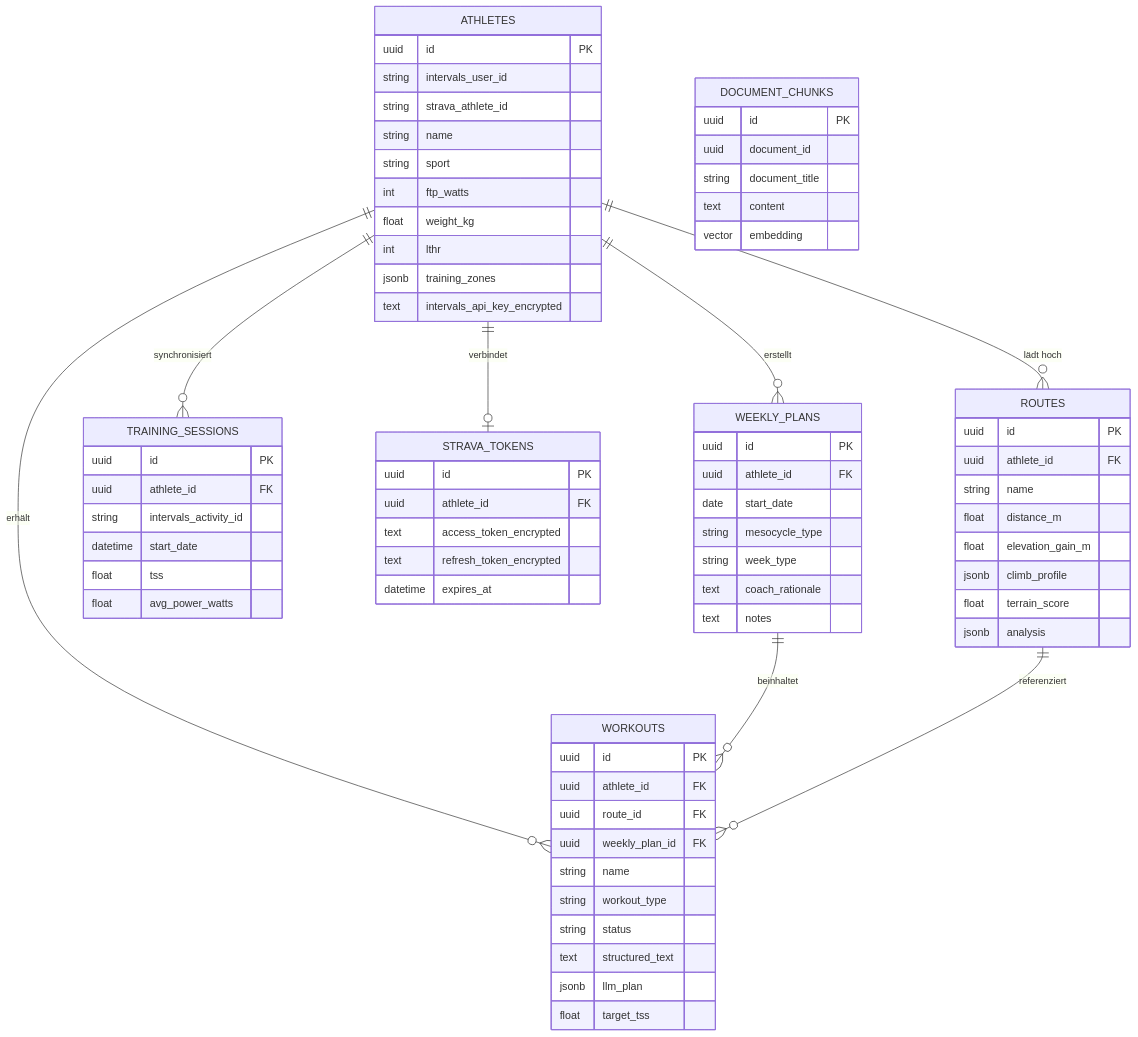
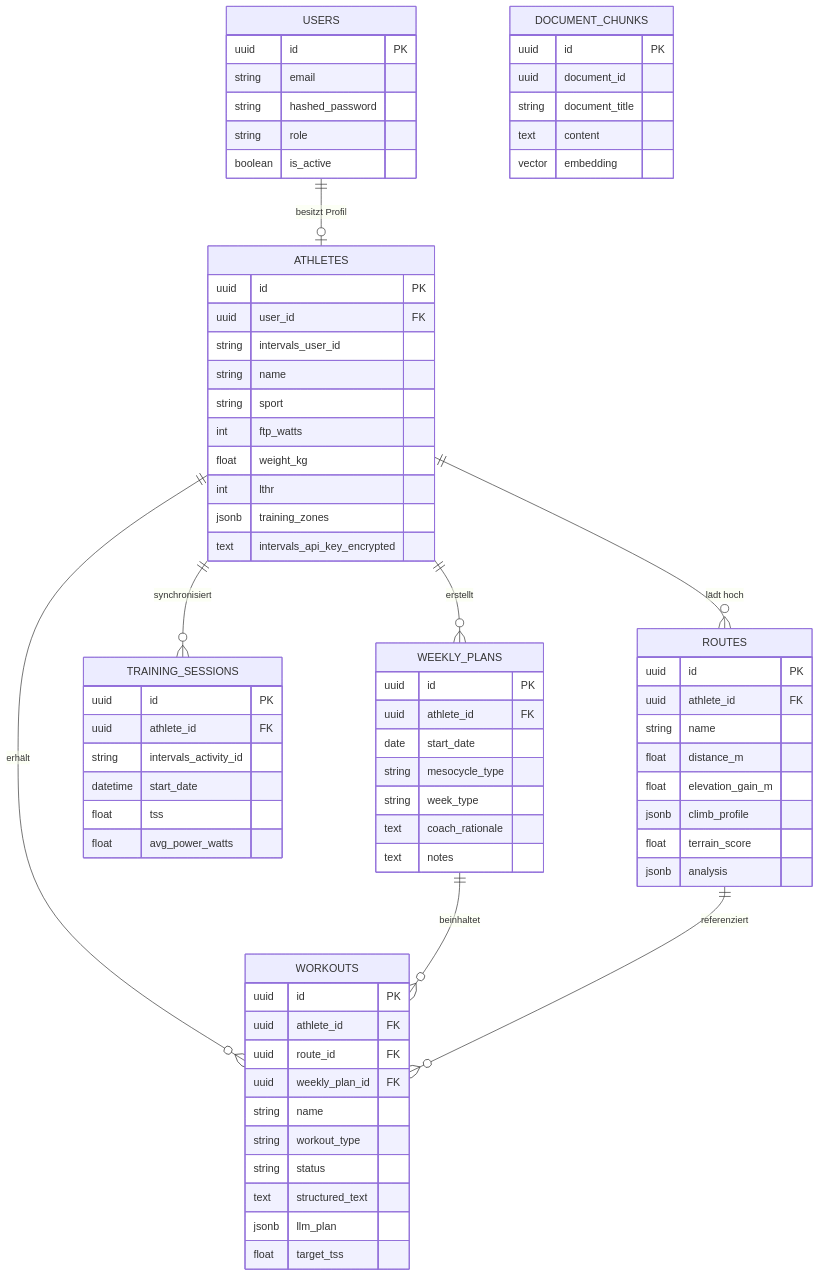
One commit to winSC1ENCE/TerraTrain changed the second of 4 diagrams in docs/architecture.md. Above: the diagram before and after it, drawn with Mermaid. The commit also changed other lines of this file and 70 other files, not shown here.

````diff
--- a/docs/architecture.md
+++ b/docs/architecture.md
@@ -50,76 +48,76 @@
 ```mermaid
 erDiagram
+    USERS ||--o| ATHLETES : "besitzt Profil"
     ATHLETES ||--o{ ROUTES : "lädt hoch"
     ATHLETES ||--o{ WORKOUTS : "erhält"
     ATHLETES ||--o{ TRAINING_SESSIONS : "synchronisiert"
-    ATHLETES ||--o| STRAVA_TOKENS : "verbindet"
     ATHLETES ||--o{ WEEKLY_PLANS : "erstellt"
     WEEKLY_PLANS ||--o{ WORKOUTS : "beinhaltet"
     ROUTES ||--o{ WORKOUTS : "referenziert"
 
+    USERS {
+        uuid id PK
+        string email
+        string hashed_password
+        string role
+        boolean is_active
+    }
     ATHLETES {
         uuid id PK
+        uuid user_id FK
         string intervals_user_id
-        string strava_athlete_id
         string name
         string sport
         int ftp_watts
         float weight_kg
         int lthr
         jsonb training_zones
         text intervals_api_key_encrypted
     }
     WEEKLY_PLANS {
         uuid id PK
         uuid athlete_id FK
         date start_date
         string mesocycle_type
         string week_type
         text coach_rationale
         text notes
     }
     ROUTES {
         uuid id PK
         uuid athlete_id FK
         string name
         float distance_m
         float elevation_gain_m
         jsonb climb_profile
         float terrain_score
         jsonb analysis
     }
     WORKOUTS {
         uuid id PK
         uuid athlete_id FK
         uuid route_id FK
         uuid weekly_plan_id FK
         string name
         string workout_type
         string status
         text structured_text
         jsonb llm_plan
         float target_tss
     }
     TRAINING_SESSIONS {
         uuid id PK
         uuid athlete_id FK
         string intervals_activity_id
         datetime start_date
         float tss
         float avg_power_watts
     }
-    STRAVA_TOKENS {
-        uuid id PK
-        uuid athlete_id FK
-        text access_token_encrypted
-        text refresh_token_encrypted
-        datetime expires_at
-    }
     DOCUMENT_CHUNKS {
         uuid id PK
         uuid document_id
         string document_title
         text content
         vector embedding
     }
 ```
````
